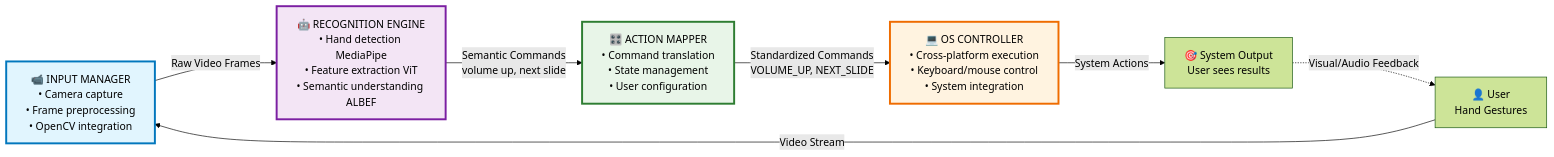
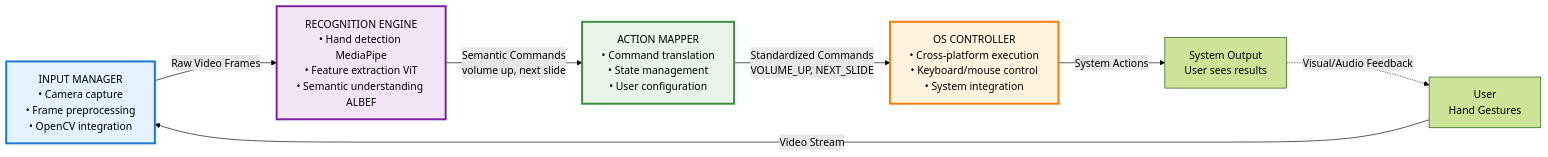
Before and after one commit to ntsrigaud/Maestro: the first of 5 diagrams in docs/Project-Architecture/DETAILED_SYSTEM_ARCHITECTURE.md, drawn with Mermaid (forest theme). The commit also changed other lines of this file, not shown here.

Commit message:
chore(docs): remove emojis and fix scheme for readability

````diff
--- a/docs/Project-Architecture/DETAILED_SYSTEM_ARCHITECTURE.md
+++ b/docs/Project-Architecture/DETAILED_SYSTEM_ARCHITECTURE.md
@@ -11,28 +11,28 @@
 ```mermaid
 flowchart LR
-    %% Styling
-    classDef inputModule fill:#e1f5fe,stroke:#0277bd,stroke-width:3px
-    classDef recognitionModule fill:#f3e5f5,stroke:#7b1fa2,stroke-width:3px
-    classDef actionModule fill:#e8f5e8,stroke:#2e7d32,stroke-width:3px
-    classDef osModule fill:#fff3e0,stroke:#ef6c00,stroke-width:3px
+    %% Styling with better contrast and readability
+    classDef inputModule fill:#e3f2fd,stroke:#1976d2,stroke-width:3px,color:#000000
+    classDef recognitionModule fill:#f3e5f5,stroke:#7b1fa2,stroke-width:3px,color:#000000
+    classDef actionModule fill:#e8f5e8,stroke:#388e3c,stroke-width:3px,color:#000000
+    classDef osModule fill:#fff3e0,stroke:#f57c00,stroke-width:3px,color:#000000
     classDef dataArrow fill:none,stroke:#424242,stroke-width:2px
 
     %% Main Modules
-    INPUT["📹 INPUT MANAGER<br/>• Camera capture<br/>• Frame preprocessing<br/>• OpenCV integration"]:::inputModule
+    INPUT["INPUT MANAGER<br/>• Camera capture<br/>• Frame preprocessing<br/>• OpenCV integration"]:::inputModule
 
-    RECOGNITION["🤖 RECOGNITION ENGINE<br/>• Hand detection MediaPipe<br/>• Feature extraction ViT<br/>• Semantic understanding ALBEF"]:::recognitionModule
+    RECOGNITION["RECOGNITION ENGINE<br/>• Hand detection MediaPipe<br/>• Feature extraction ViT<br/>• Semantic understanding ALBEF"]:::recognitionModule
 
-    ACTION["🎛️ ACTION MAPPER<br/>• Command translation<br/>• State management<br/>• User configuration"]:::actionModule
+    ACTION["ACTION MAPPER<br/>• Command translation<br/>• State management<br/>• User configuration"]:::actionModule
 
-    OS["💻 OS CONTROLLER<br/>• Cross-platform execution<br/>• Keyboard/mouse control<br/>• System integration"]:::osModule
+    OS["OS CONTROLLER<br/>• Cross-platform execution<br/>• Keyboard/mouse control<br/>• System integration"]:::osModule
 
     %% Data Flow
     INPUT -->|"Raw Video Frames"| RECOGNITION
     RECOGNITION -->|"Semantic Commands<br/>volume up, next slide"| ACTION
     ACTION -->|"Standardized Commands<br/>VOLUME_UP, NEXT_SLIDE"| OS
-    OS -->|"System Actions"| OUTPUT["🎯 System Output<br/>User sees results"]
+    OS -->|"System Actions"| OUTPUT["System Output<br/>User sees results"]
 
     %% User Interaction
-    USER["👤 User<br/>Hand Gestures"] -->|"Video Stream"| INPUT
+    USER["User<br/>Hand Gestures"] -->|"Video Stream"| INPUT
     OUTPUT -.->|"Visual/Audio Feedback"| USER
 ```
````
